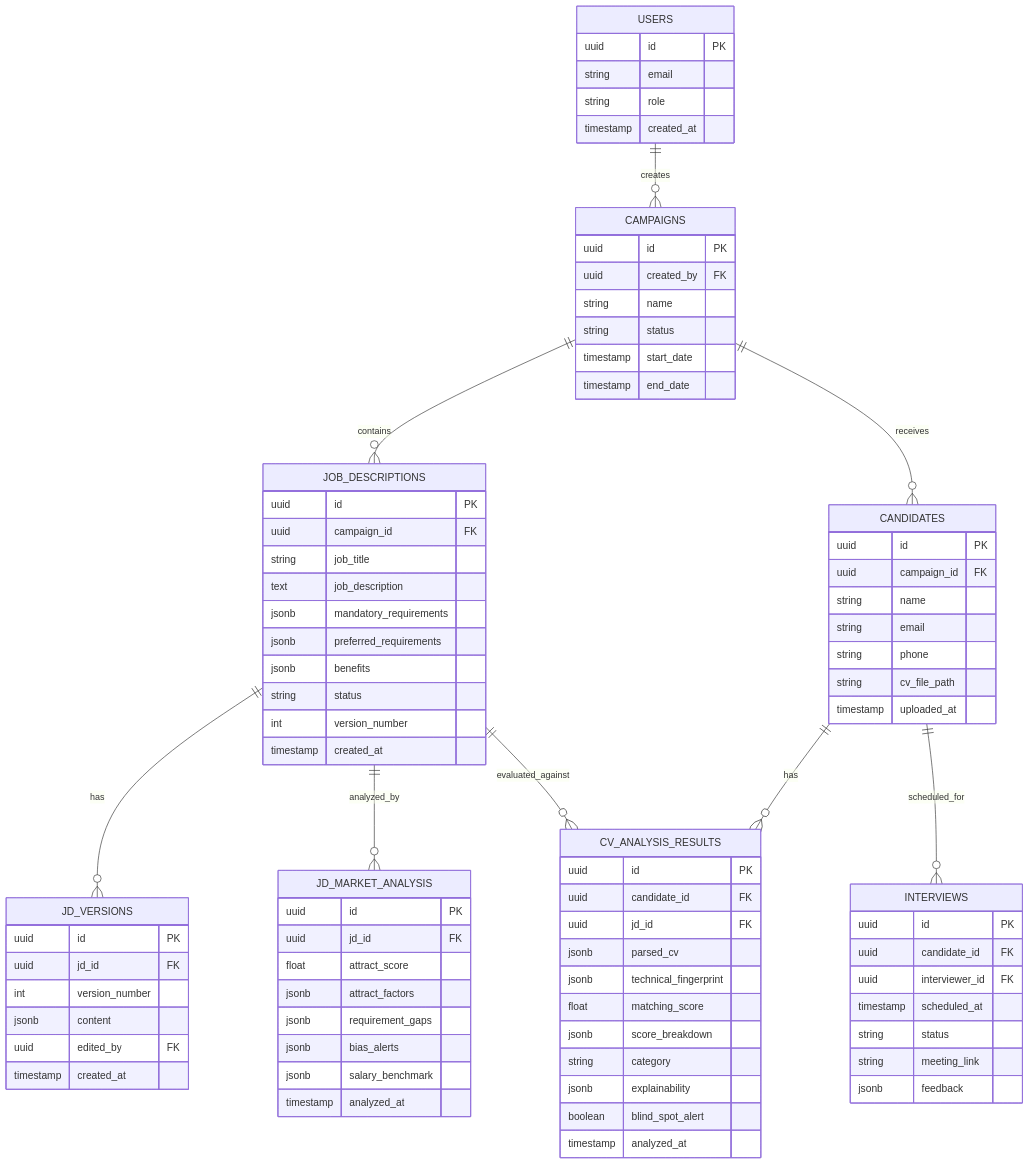
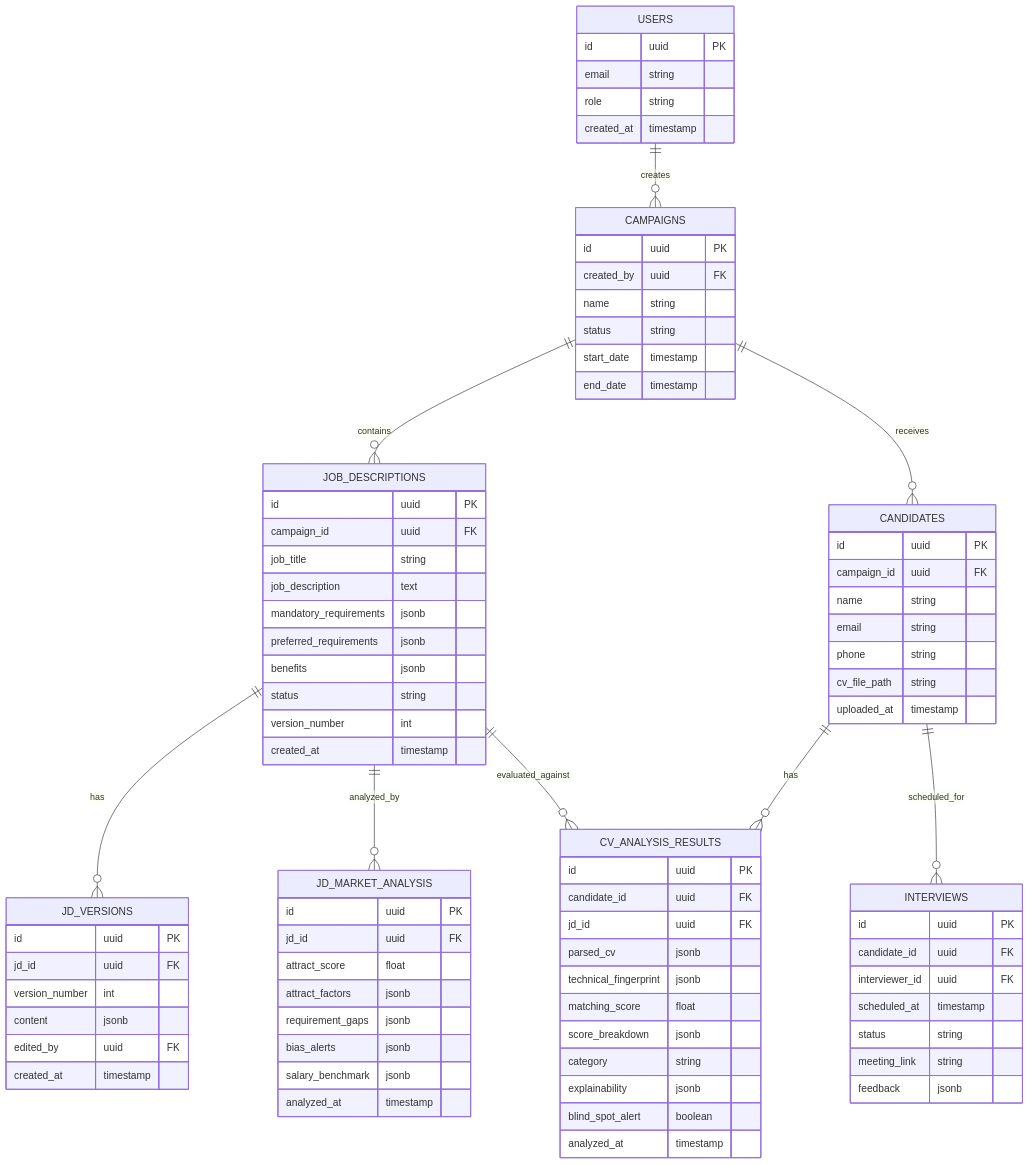
The seventh of 15 diagrams in docs/2_architecture/01_system_architecture.md (YaG-Lab/SpecHire), drawn with Mermaid before and after one commit. The commit also changed other lines of this file and 2 other files, not shown here.

Commit message:
docs: update architecture diagrams with improved formatting and clarity
- Standardize subgraph naming conventions in visual summary
- Enhance SKILL layer diagrams with structured bullet points
- Update system architecture with clearer layer descriptions
- Improve visual consistency across architecture documentation

````diff
--- a/docs/2_architecture/01_system_architecture.md
+++ b/docs/2_architecture/01_system_architecture.md
@@ -450,85 +450,85 @@
     JOB_DESCRIPTIONS ||--o{ CV_ANALYSIS_RESULTS : evaluated_against
     
     USERS {
-        uuid id PK
-        string email
-        string role
-        timestamp created_at
+        id uuid PK
+        email string
+        role string
+        created_at timestamp
     }
     
     CAMPAIGNS {
-        uuid id PK
-        uuid created_by FK
-        string name
-        string status
-        timestamp start_date
-        timestamp end_date
+        id uuid PK
+        created_by uuid FK
+        name string
+        status string
+        start_date timestamp
+        end_date timestamp
     }
     
     JOB_DESCRIPTIONS {
-        uuid id PK
-        uuid campaign_id FK
-        string job_title
-        text job_description
-        jsonb mandatory_requirements
-        jsonb preferred_requirements
-        jsonb benefits
-        string status
-        int version_number
-        timestamp created_at
+        id uuid PK
+        campaign_id uuid FK
+        job_title string
+        job_description text
+        mandatory_requirements jsonb
+        preferred_requirements jsonb
+        benefits jsonb
+        status string
+        version_number int
+        created_at timestamp
     }
     
     JD_VERSIONS {
-        uuid id PK
-        uuid jd_id FK
-        int version_number
-        jsonb content
-        uuid edited_by FK
-        timestamp created_at
+        id uuid PK
+        jd_id uuid FK
+        version_number int
+        content jsonb
+        edited_by uuid FK
+        created_at timestamp
     }
     
     JD_MARKET_ANALYSIS {
-        uuid id PK
-        uuid jd_id FK
-        float attract_score
-        jsonb attract_factors
-        jsonb requirement_gaps
-        jsonb bias_alerts
-        jsonb salary_benchmark
-        timestamp analyzed_at
+        id uuid PK
+        jd_id uuid FK
+        attract_score float
+        attract_factors jsonb
+        requirement_gaps jsonb
+        bias_alerts jsonb
+        salary_benchmark jsonb
+        analyzed_at timestamp
     }
     
     CANDIDATES {
-        uuid id PK
-        uuid campaign_id FK
-        string name
-        string email
-        string phone
-        string cv_file_path
-        timestamp uploaded_at
+        id uuid PK
+        campaign_id uuid FK
+        name string
+        email string
+        phone string
+        cv_file_path string
+        uploaded_at timestamp
     }
     
     CV_ANALYSIS_RESULTS {
-        uuid id PK
-        uuid candidate_id FK
-        uuid jd_id FK
-        jsonb parsed_cv
-        jsonb technical_fingerprint
-        float matching_score
-        jsonb score_breakdown
-        string category
-        jsonb explainability
-        boolean blind_spot_alert
-        timestamp analyzed_at
+        id uuid PK
+        candidate_id uuid FK
+        jd_id uuid FK
+        parsed_cv jsonb
+        technical_fingerprint jsonb
+        matching_score float
+        score_breakdown jsonb
+        category string
+        explainability jsonb
+        blind_spot_alert boolean
+        analyzed_at timestamp
     }
     
     INTERVIEWS {
-        uuid id PK
-        uuid candidate_id FK
-        uuid interviewer_id FK
-        timestamp scheduled_at
-        string status
-        string meeting_link
-        jsonb feedback
+        id uuid PK
+        candidate_id uuid FK
+        interviewer_id uuid FK
+        scheduled_at timestamp
+        status string
+        meeting_link string
+        feedback jsonb
     }
 ```
````
